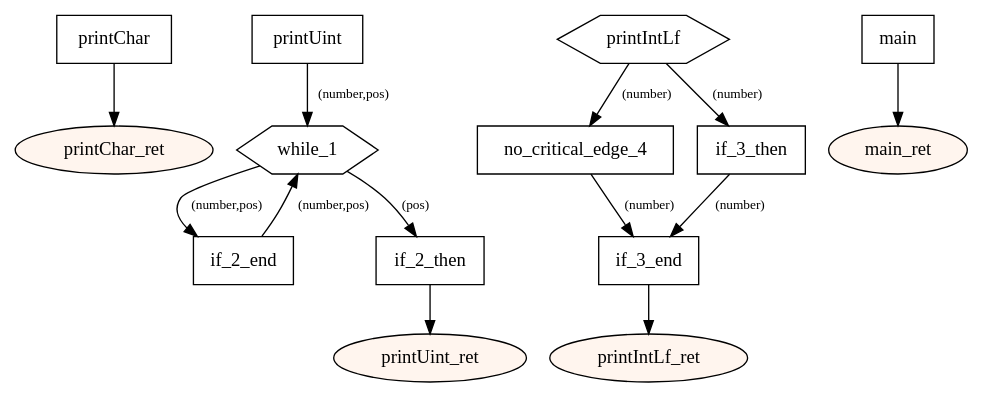
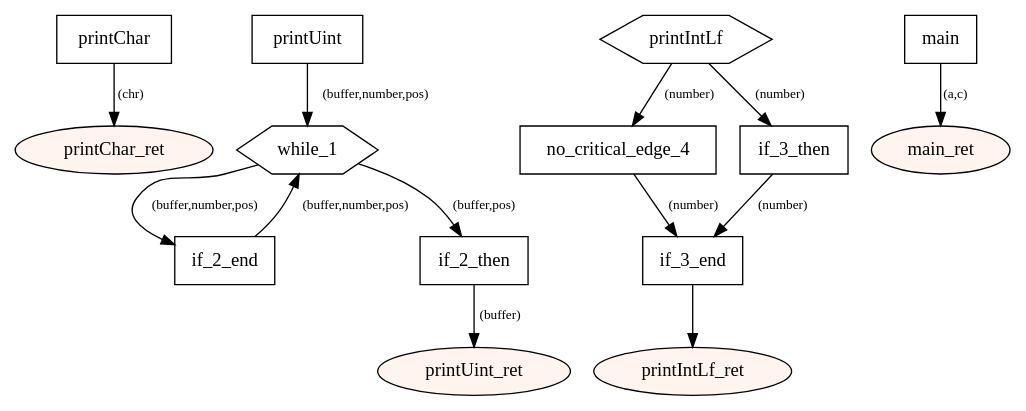
The diagram in src/main/resources-test/pointers.dot (tmssngr/tinyC), drawn with Graphviz before and after one commit. The commit also changed 41 other files, not shown here.

```diff
--- a/src/main/resources-test/pointers.dot
+++ b/src/main/resources-test/pointers.dot
@@ -1,37 +1,37 @@
 digraph program {
 	edge[fontsize="10pt"];
 	subgraph fn_printChar {
 		BasicBlock_0_printChar [label="printChar",shape=box];
-		BasicBlock_0_printChar -> BasicBlock_0_printChar_ret;
+		BasicBlock_0_printChar -> BasicBlock_0_printChar_ret [label="(chr)"];
 		BasicBlock_0_printChar_ret [label="printChar_ret",shape=oval,style=filled,fillcolor="#fff5ee"];
 	}
 	subgraph fn_printUint {
 		BasicBlock_1_printUint [label="printUint",shape=box];
-		BasicBlock_1_printUint -> BasicBlock_1_while_1 [label="(number,pos)"];
+		BasicBlock_1_printUint -> BasicBlock_1_while_1 [label="(buffer,number,pos)"];
 		BasicBlock_1_if_2_end [label="if_2_end",shape=box];
-		BasicBlock_1_if_2_end -> BasicBlock_1_while_1 [label="(number,pos)"];
+		BasicBlock_1_if_2_end -> BasicBlock_1_while_1 [label="(buffer,number,pos)"];
 		BasicBlock_1_while_1 [label="while_1",shape=hexagon];
-		BasicBlock_1_while_1 -> BasicBlock_1_if_2_end [label="(number,pos)"];
-		BasicBlock_1_while_1 -> BasicBlock_1_if_2_then [label="(pos)"];
+		BasicBlock_1_while_1 -> BasicBlock_1_if_2_end [label="(buffer,number,pos)"];
+		BasicBlock_1_while_1 -> BasicBlock_1_if_2_then [label="(buffer,pos)"];
 		BasicBlock_1_if_2_then [label="if_2_then",shape=box];
-		BasicBlock_1_if_2_then -> BasicBlock_1_printUint_ret;
+		BasicBlock_1_if_2_then -> BasicBlock_1_printUint_ret [label="(buffer)"];
 		BasicBlock_1_printUint_ret [label="printUint_ret",shape=oval,style=filled,fillcolor="#fff5ee"];
 	}
 	subgraph fn_printIntLf {
 		BasicBlock_2_printIntLf [label="printIntLf",shape=hexagon];
 		BasicBlock_2_printIntLf -> BasicBlock_2_no_critical_edge_4 [label="(number)"];
 		BasicBlock_2_printIntLf -> BasicBlock_2_if_3_then [label="(number)"];
 		BasicBlock_2_no_critical_edge_4 [label="no_critical_edge_4",shape=box];
 		BasicBlock_2_no_critical_edge_4 -> BasicBlock_2_if_3_end [label="(number)"];
 		BasicBlock_2_if_3_then [label="if_3_then",shape=box];
 		BasicBlock_2_if_3_then -> BasicBlock_2_if_3_end [label="(number)"];
 		BasicBlock_2_if_3_end [label="if_3_end",shape=box];
 		BasicBlock_2_if_3_end -> BasicBlock_2_printIntLf_ret;
 		BasicBlock_2_printIntLf_ret [label="printIntLf_ret",shape=oval,style=filled,fillcolor="#fff5ee"];
 	}
 	subgraph fn_main {
 		BasicBlock_3_main [label="main",shape=box];
-		BasicBlock_3_main -> BasicBlock_3_main_ret;
+		BasicBlock_3_main -> BasicBlock_3_main_ret [label="(a,c)"];
 		BasicBlock_3_main_ret [label="main_ret",shape=oval,style=filled,fillcolor="#fff5ee"];
 	}
 }
```
